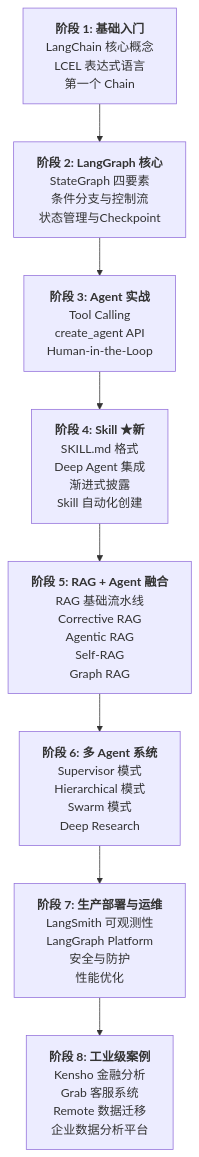
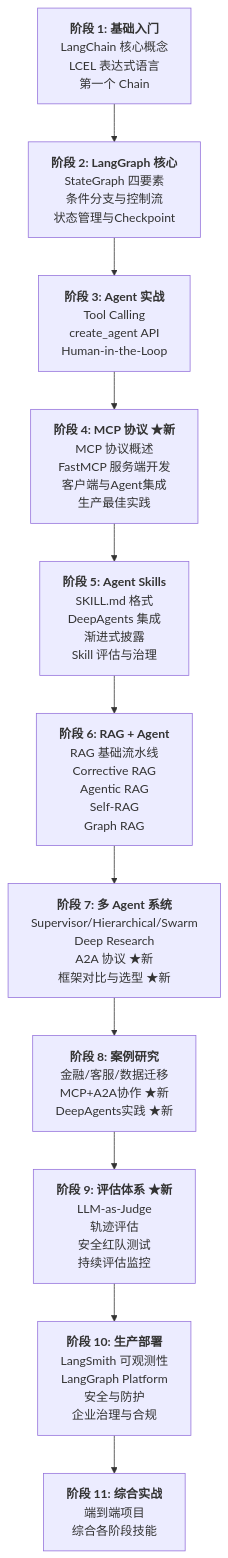
One commit to keyuanweb/ai-learning-path changed the second of 2 diagrams in agent-learning-path/00-入口/01-学习路线总览.md. Above: the diagram before and after it, drawn with Mermaid. The commit also changed other lines of this file and 38 other files, not shown here.

````diff
--- a/agent-learning-path/00-入口/01-学习路线总览.md
+++ b/agent-learning-path/00-入口/01-学习路线总览.md
@@ -16,13 +43,17 @@
 ```mermaid
 flowchart TD
     S1["<b>阶段 1: 基础入门</b><br/>LangChain 核心概念<br/>LCEL 表达式语言<br/>第一个 Chain"]
     S2["<b>阶段 2: LangGraph 核心</b><br/>StateGraph 四要素<br/>条件分支与控制流<br/>状态管理与Checkpoint"]
     S3["<b>阶段 3: Agent 实战</b><br/>Tool Calling<br/>create_agent API<br/>Human-in-the-Loop"]
-    S4["<b>阶段 4: Skill ★新</b><br/>SKILL.md 格式<br/>Deep Agent 集成<br/>渐进式披露<br/>Skill 自动化创建"]
-    S5["<b>阶段 5: RAG + Agent 融合</b><br/>RAG 基础流水线<br/>Corrective RAG<br/>Agentic RAG<br/>Self-RAG<br/>Graph RAG"]
-    S6["<b>阶段 6: 多 Agent 系统</b><br/>Supervisor 模式<br/>Hierarchical 模式<br/>Swarm 模式<br/>Deep Research"]
-    S7["<b>阶段 7: 生产部署与运维</b><br/>LangSmith 可观测性<br/>LangGraph Platform<br/>安全与防护<br/>性能优化"]
-    S8["<b>阶段 8: 工业级案例</b><br/>Kensho 金融分析<br/>Grab 客服系统<br/>Remote 数据迁移<br/>企业数据分析平台"]
+    S4["<b>阶段 4: MCP 协议 ★新</b><br/>MCP 协议概述<br/>FastMCP 服务端开发<br/>客户端与Agent集成<br/>生产最佳实践"]
+    S5["<b>阶段 5: Agent Skills</b><br/>SKILL.md 格式<br/>DeepAgents 集成<br/>渐进式披露<br/>Skill 评估与治理"]
+    S6["<b>阶段 6: RAG + Agent</b><br/>RAG 基础流水线<br/>Corrective RAG<br/>Agentic RAG<br/>Self-RAG<br/>Graph RAG"]
+    S7["<b>阶段 7: 多 Agent 系统</b><br/>Supervisor/Hierarchical/Swarm<br/>Deep Research<br/>A2A 协议 ★新<br/>框架对比与选型 ★新"]
+    S8["<b>阶段 8: 案例研究</b><br/>金融/客服/数据迁移<br/>MCP+A2A协作 ★新<br/>DeepAgents实践 ★新"]
+    S9["<b>阶段 9: 评估体系 ★新</b><br/>LLM-as-Judge<br/>轨迹评估<br/>安全红队测试<br/>持续评估监控"]
+    S10["<b>阶段 10: 生产部署</b><br/>LangSmith 可观测性<br/>LangGraph Platform<br/>安全与防护<br/>企业治理与合规"]
+    S11["<b>阶段 11: 综合实战</b><br/>端到端项目<br/>综合各阶段技能"]
 
     S1 --> S2 --> S3 --> S4 --> S5 --> S6 --> S7 --> S8
+    S8 --> S9 --> S10 --> S11
 ```
````
